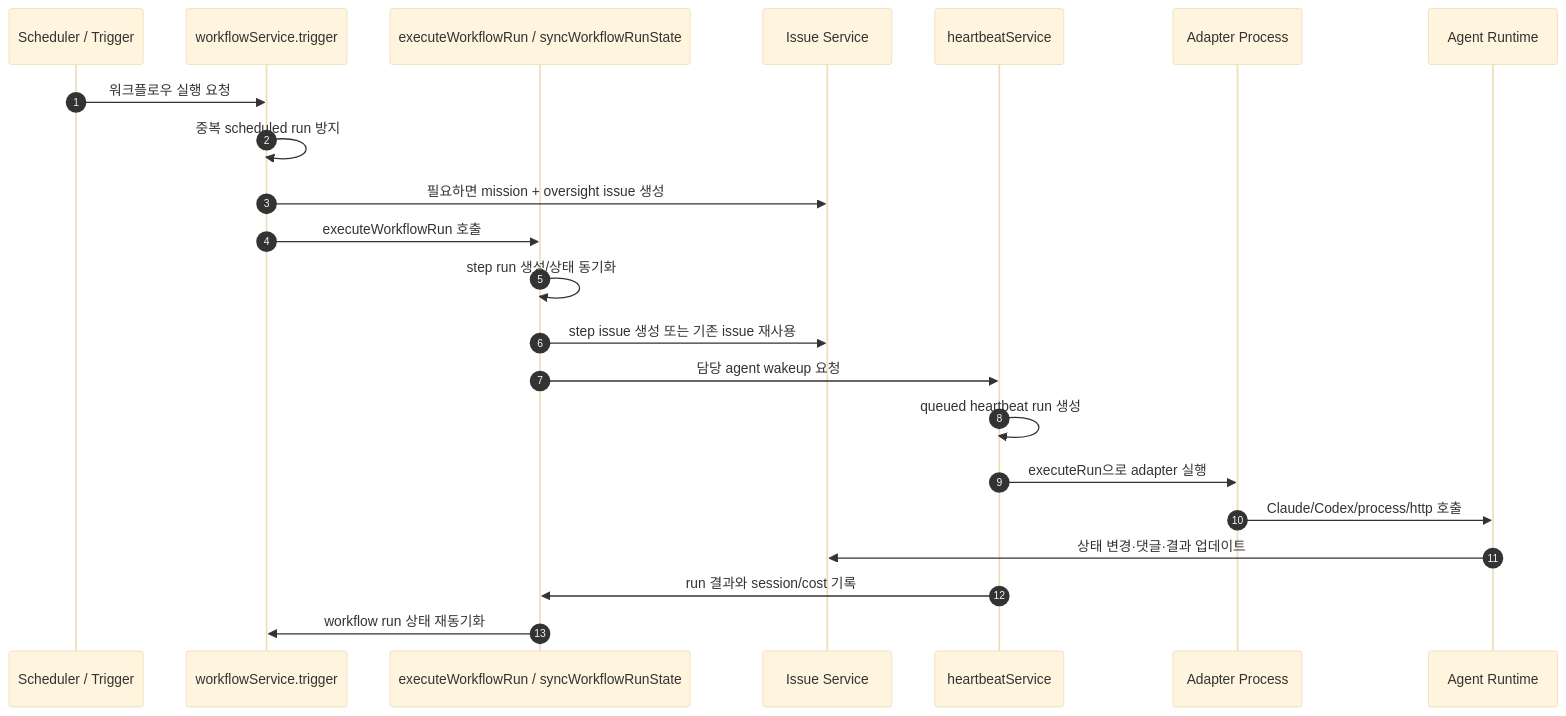
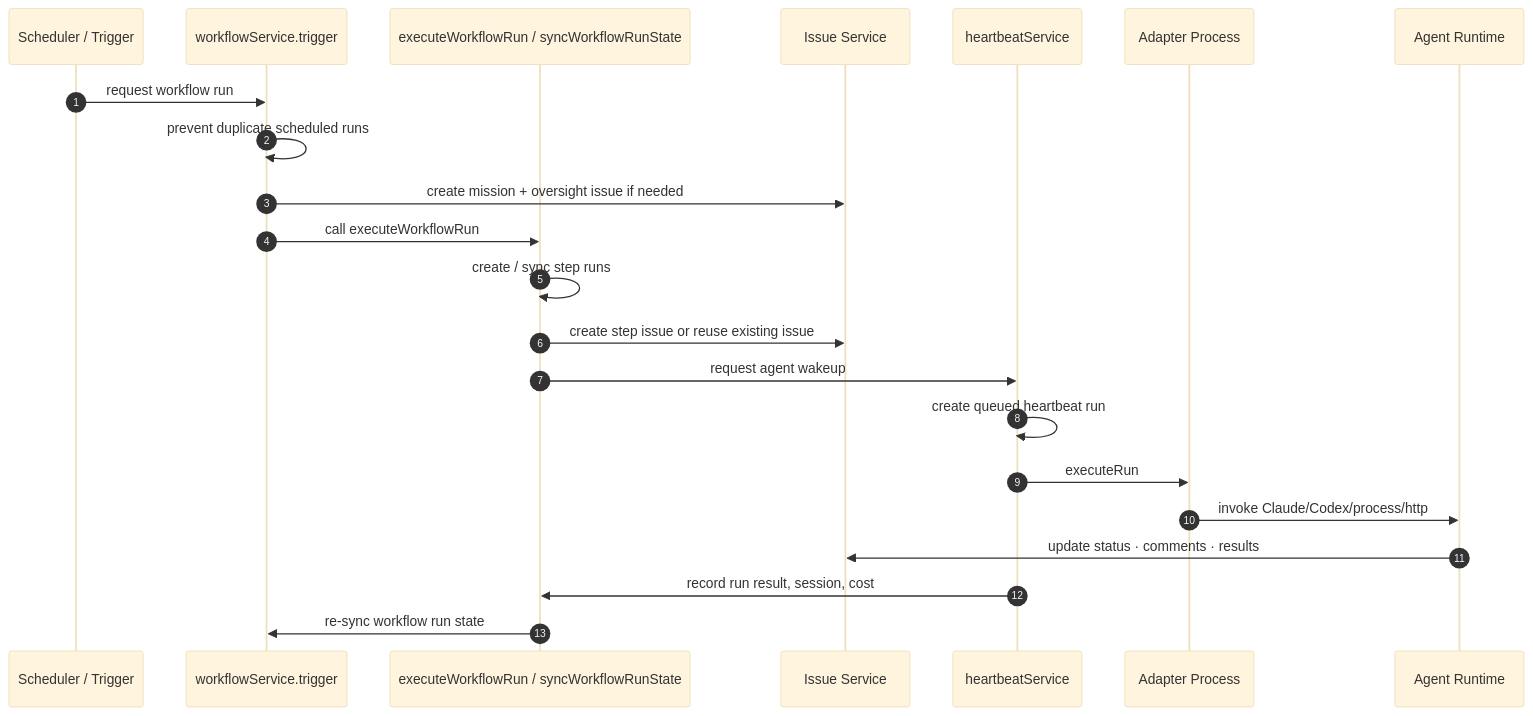
Before and after one commit to insightflo/papercompany-runtime: the second of 17 diagrams in docs/guides/agent-developer/mission-workflow-runtime.md, drawn with Mermaid (base theme). The commit also changed other lines of this file and 173 other files, not shown here.

````diff
--- a/docs/guides/agent-developer/mission-workflow-runtime.md
+++ b/docs/guides/agent-developer/mission-workflow-runtime.md
@@ -81,25 +58,25 @@
 ```mermaid
 sequenceDiagram
   autonumber
   participant Scheduler as Scheduler / Trigger
   participant Workflow as workflowService.trigger
   participant DAG as executeWorkflowRun / syncWorkflowRunState
   participant Issue as Issue Service
   participant HB as heartbeatService
   participant Adapter as Adapter Process
   participant Agent as Agent Runtime
 
-  Scheduler->>Workflow: 워크플로우 실행 요청
-  Workflow->>Workflow: 중복 scheduled run 방지
-  Workflow->>Issue: 필요하면 mission + oversight issue 생성
-  Workflow->>DAG: executeWorkflowRun 호출
-  DAG->>DAG: step run 생성/상태 동기화
-  DAG->>Issue: step issue 생성 또는 기존 issue 재사용
-  DAG->>HB: 담당 agent wakeup 요청
-  HB->>HB: queued heartbeat run 생성
-  HB->>Adapter: executeRun으로 adapter 실행
-  Adapter->>Agent: Claude/Codex/process/http 호출
-  Agent->>Issue: 상태 변경·댓글·결과 업데이트
-  HB->>DAG: run 결과와 session/cost 기록
-  DAG->>Workflow: workflow run 상태 재동기화
+  Scheduler->>Workflow: request workflow run
+  Workflow->>Workflow: prevent duplicate scheduled runs
+  Workflow->>Issue: create mission + oversight issue if needed
+  Workflow->>DAG: call executeWorkflowRun
+  DAG->>DAG: create / sync step runs
+  DAG->>Issue: create step issue or reuse existing issue
+  DAG->>HB: request agent wakeup
+  HB->>HB: create queued heartbeat run
+  HB->>Adapter: executeRun
+  Adapter->>Agent: invoke Claude/Codex/process/http
+  Agent->>Issue: update status · comments · results
+  HB->>DAG: record run result, session, cost
+  DAG->>Workflow: re-sync workflow run state
 ```
````
